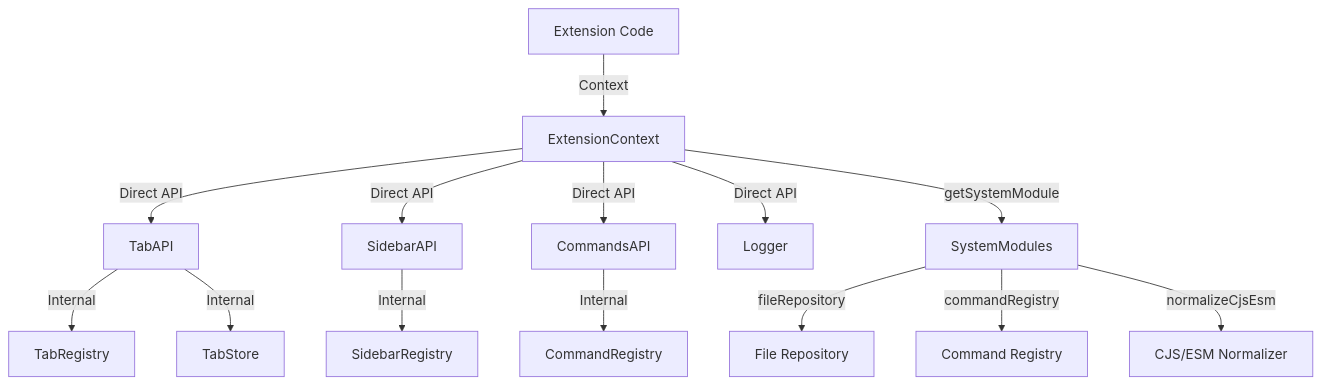
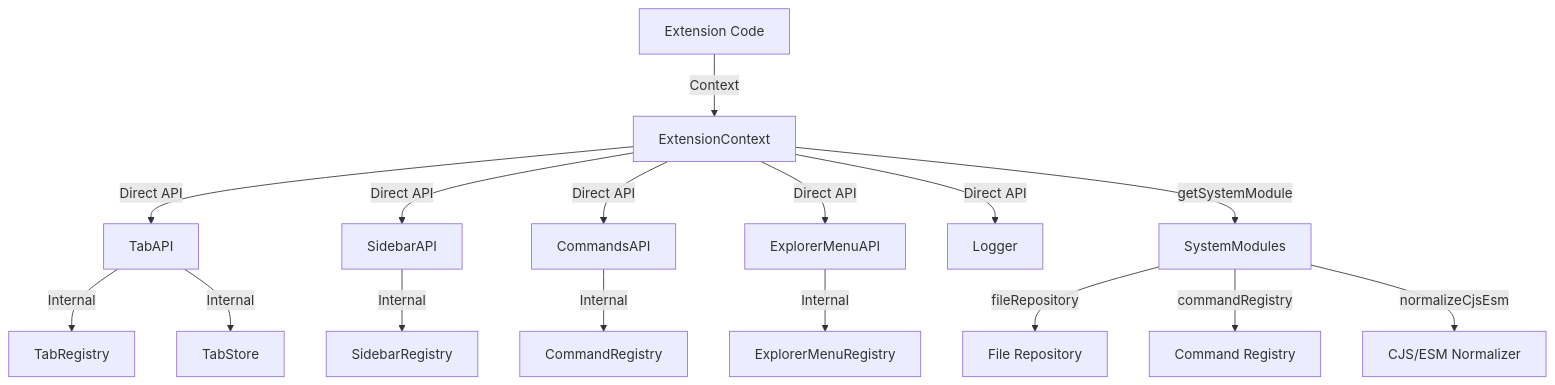
One commit to Stasshe/Pyxis-CodeCanvas changed diagram 11 of 13 in docs/EXTENSION-SYSTEM.md. Above: the diagram before and after it, drawn with Mermaid. The commit also changed other lines of this file and 1 other file, not shown here.

Commit message:
Update documentation with Explorer Menu API

````diff
--- a/docs/EXTENSION-SYSTEM.md
+++ b/docs/EXTENSION-SYSTEM.md
@@ -631,24 +631,27 @@
 ```mermaid
 graph TB
     Extension[Extension Code]
     
     Extension -->|Context| ExtensionContext
     
     ExtensionContext -->|Direct API| TabAPI
     ExtensionContext -->|Direct API| SidebarAPI
     ExtensionContext -->|Direct API| CommandsAPI
+    ExtensionContext -->|Direct API| ExplorerMenuAPI
     ExtensionContext -->|Direct API| Logger
     
     ExtensionContext -->|getSystemModule| SystemModules
     
     SystemModules -->|fileRepository| FileRepo[File Repository]
     SystemModules -->|commandRegistry| CommandReg[Command Registry]
     SystemModules -->|normalizeCjsEsm| Normalizer[CJS/ESM Normalizer]
     
     TabAPI -->|Internal| TabRegistry
     TabAPI -->|Internal| TabStore
     
     SidebarAPI -->|Internal| SidebarRegistry
     
     CommandsAPI -->|Internal| CommandRegistry
+    
+    ExplorerMenuAPI -->|Internal| ExplorerMenuRegistry
 ```
````
